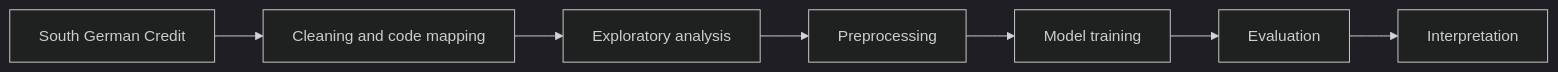
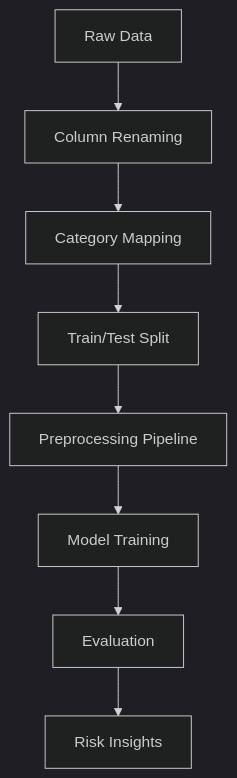
Before and after one commit to abosameh522/credit-risk-analysis: the diagram in README.md, drawn with Mermaid (dark theme). The commit also changed other lines of this file and 3 other files, not shown here.

````diff
--- a/README.md
+++ b/README.md
@@ -41,9 +15,10 @@
 ```mermaid
-flowchart LR
-    A[South German Credit] --> B[Cleaning and code mapping]
-    B --> C[Exploratory analysis]
-    C --> D[Preprocessing]
-    D --> E[Model training]
-    E --> F[Evaluation]
-    F --> G[Interpretation]
+graph TD
+    A[Raw Data] --> B[Column Renaming]
+    B --> C[Category Mapping]
+    C --> D[Train/Test Split]
+    D --> E[Preprocessing Pipeline]
+    E --> F[Model Training]
+    F --> G[Evaluation]
+    G --> H[Risk Insights]
 ```
````
